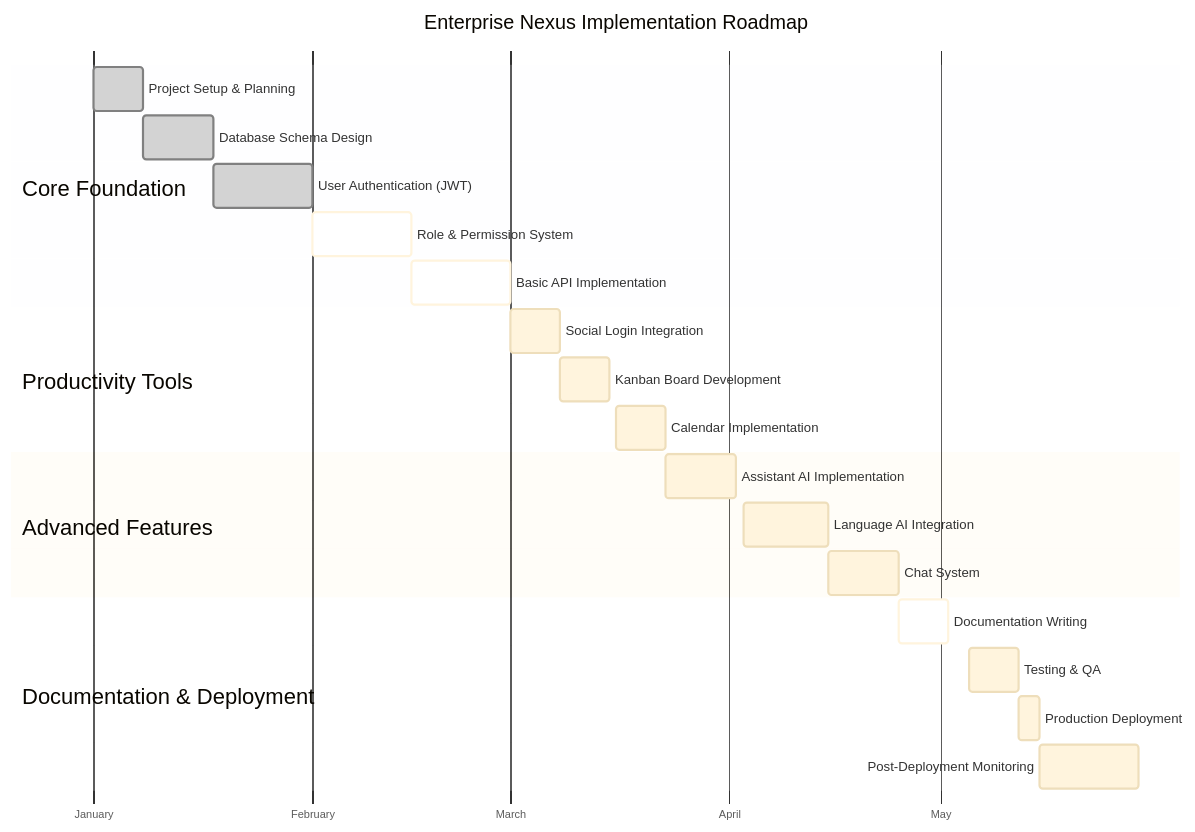
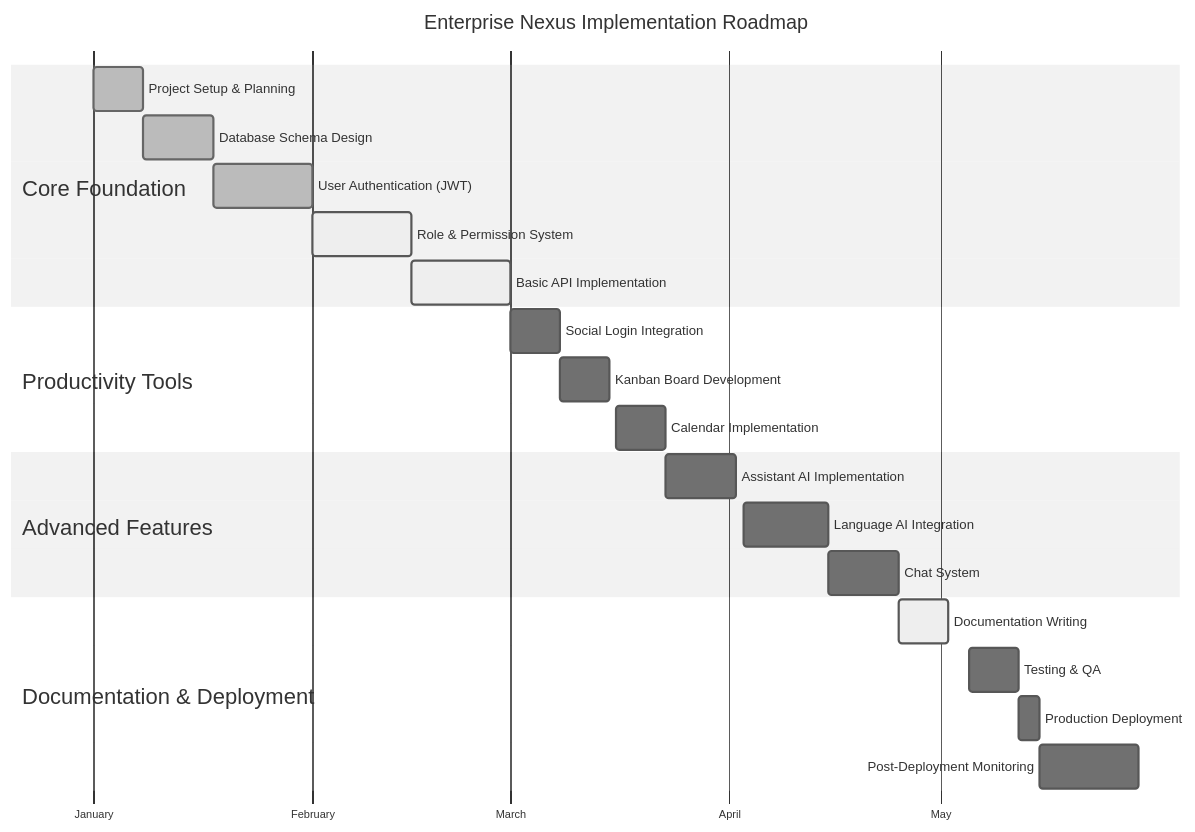
The fourth of 4 diagrams in TuPhung_Docs/docs/intro.md (TuPhung369/Haaga_Backend_Programming), drawn with Mermaid before and after one commit. The commit also changed other lines of this file and 16 other files, not shown here.

````diff
--- a/TuPhung_Docs/docs/intro.md
+++ b/TuPhung_Docs/docs/intro.md
@@ -515,48 +530,48 @@
 ```mermaid
 %%{
   init: {
-    'theme': 'base',
+    'theme': 'neutral',
     'gantt': {
       'barHeight': 40,
       'fontSize': 12,
       'titleFontSize': 28,
       'sectionFontSize': 20,
       'numberSectionStyles': 5,
       'axisFormat': '%B',
       'topPadding': 60,
       'bottomPadding': 70,
       'leftPadding': 75,
       'rightPadding': 75,
       'fontFamily': 'Arial, sans-serif',
       'tickInterval': '1month',
       'axisWidth': 100
     }
   }
 }%%
 gantt
     title Enterprise Nexus Implementation Roadmap
     dateFormat  YYYY-MM-DD
 
     section Core Foundation
     Project Setup & Planning     :done,     setup,   2025-01-01, 7d
     Database Schema Design       :done,    schema,  2025-01-08, 10d
     User Authentication (JWT)    :done,     auth,    2025-01-18, 14d
     Role & Permission System      :active,   roles,   2025-02-01, 14d
     Basic API Implementation     :active,   api,     2025-02-15, 14d
 
     section Productivity Tools
     Social Login Integration     :         social,  2025-03-01, 7d
     Kanban Board Development     :         kanban,  2025-03-08, 7d
     Calendar Implementation      :         cal,     2025-03-16, 7d
-        
+
     section Advanced Features
     Assistant AI Implementation  :         ai,      2025-03-23, 10d
     Language AI Integration      :         lang,    2025-04-03, 12d
     Chat System                  :         chat,    2025-04-15, 10d
 
     section Documentation & Deployment
     Documentation Writing        :active,   docs,    2025-04-25, 7d
     Testing & QA                 :         test,    2025-05-05, 7d
     Production Deployment        :         deploy,  2025-05-12, 3d
     Post-Deployment Monitoring   :         monitor, 2025-05-15, 14d
 ```
````
